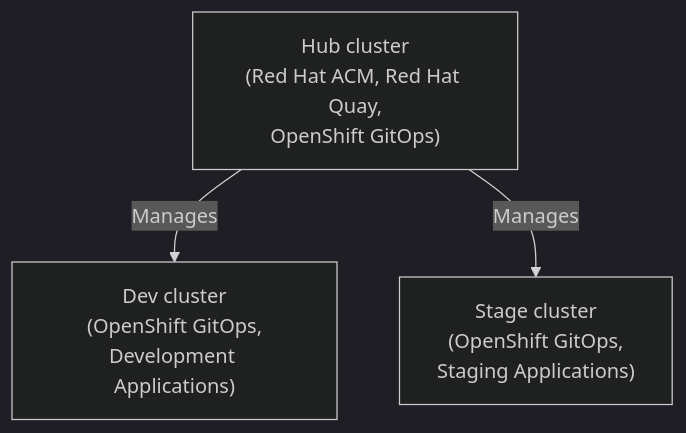
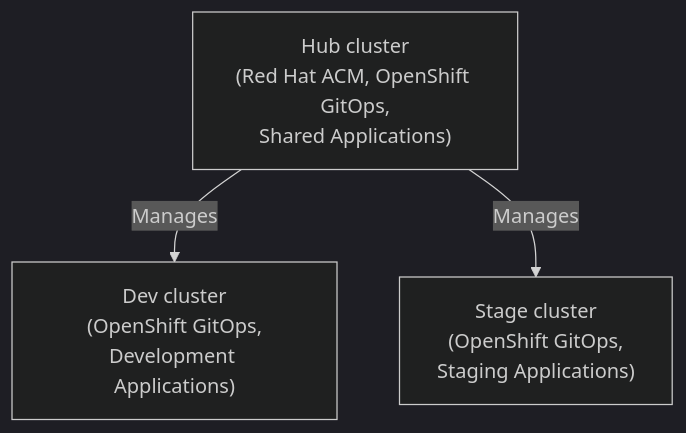
Before and after one commit to hello-world-gitops/.github: the first of 2 diagrams in profile/README.md, drawn with Mermaid (dark theme).

Commit message:
Remove Quay from cluster diagram

````diff
--- a/profile/README.md
+++ b/profile/README.md
@@ -20,5 +20,5 @@
 ```mermaid
 graph TD
-        Hub["Hub cluster<br />(Red Hat ACM, Red Hat Quay,<br />OpenShift GitOps)"] -- Manages --> Dev["Dev cluster<br />(OpenShift GitOps,<br />Development Applications)"]
+        Hub["Hub cluster<br />(Red Hat ACM, OpenShift GitOps,<br />Shared Applications)"] -- Manages --> Dev["Dev cluster<br />(OpenShift GitOps,<br />Development Applications)"]
         Hub -- Manages --> Stage["Stage cluster<br />(OpenShift GitOps,<br />Staging Applications)"]
 ```
````
